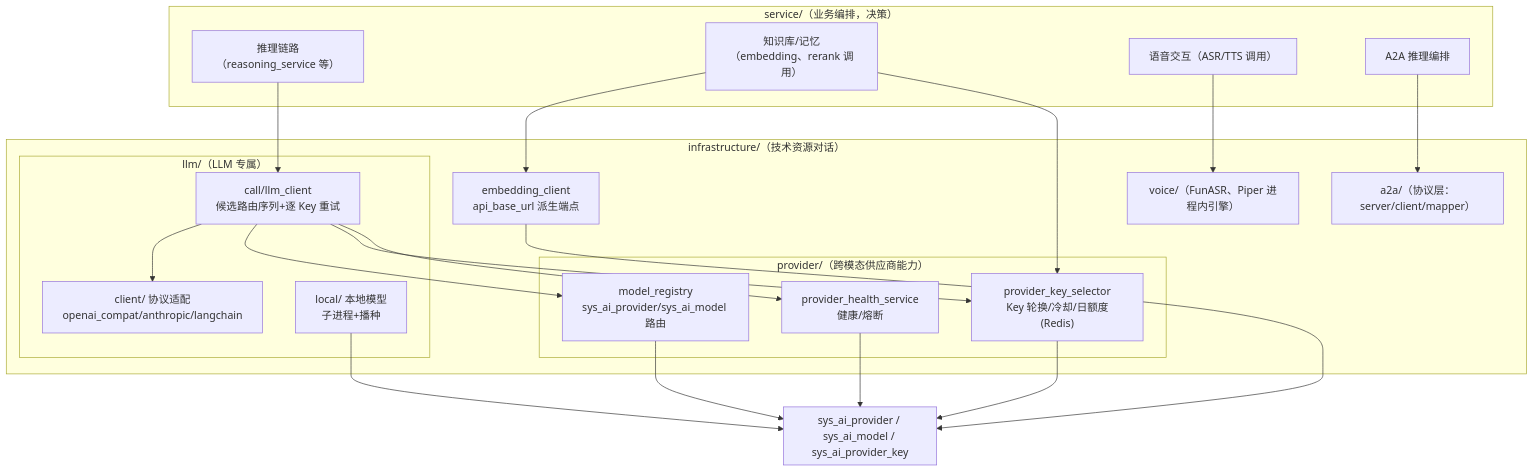
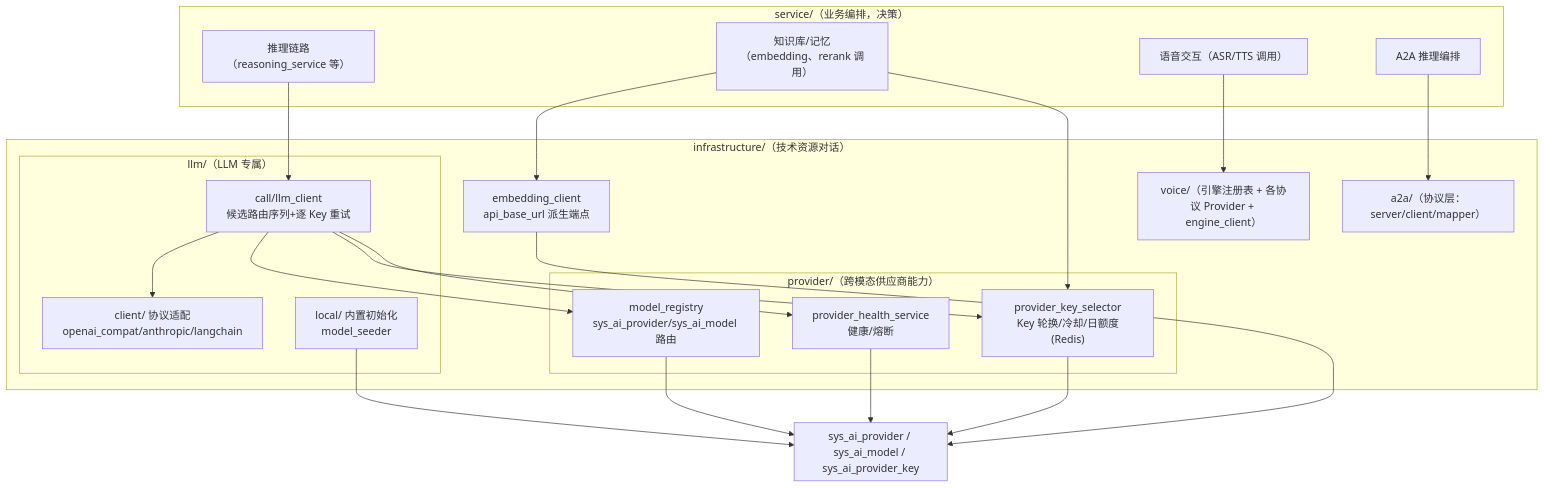
Before and after one commit to earthy-zinc/dehaze-system: the seventh of 11 diagrams in dehaze-doc/docs/04-项目实现/后端/03-Python算法服务架构文档.md, drawn with Mermaid. The commit also changed other lines of this file and 239 other files, not shown here.

````diff
--- a/dehaze-doc/docs/04-项目实现/后端/03-Python算法服务架构文档.md
+++ b/dehaze-doc/docs/04-项目实现/后端/03-Python算法服务架构文档.md
@@ -323,35 +317,35 @@
 ```mermaid
 flowchart TB
     subgraph Service["service/（业务编排，决策）"]
         RS["推理链路（reasoning_service 等）"]
         KB["知识库/记忆（embedding、rerank 调用）"]
         Voice["语音交互（ASR/TTS 调用）"]
         A2A["A2A 推理编排"]
     end
     subgraph Infra["infrastructure/（技术资源对话）"]
         subgraph Provider["provider/（跨模态供应商能力）"]
             MR["model_registry<br/>sys_ai_provider/sys_ai_model 路由"]
             KS["provider_key_selector<br/>Key 轮换/冷却/日额度(Redis)"]
             PH["provider_health_service<br/>健康/熔断"]
         end
         subgraph LLM["llm/（LLM 专属）"]
             LC["call/llm_client<br/>候选路由序列+逐 Key 重试"]
             MC["client/ 协议适配<br/>openai_compat/anthropic/langchain"]
-            LM["local/ 本地模型<br/>子进程+播种"]
+            LM["local/ 内置初始化<br/>model_seeder"]
         end
         EC["embedding_client<br/>api_base_url 派生端点"]
         AE["a2a/（协议层：server/client/mapper）"]
-        VE["voice/（FunASR、Piper 进程内引擎）"]
+        VE["voice/（引擎注册表 + 各协议 Provider + engine_client）"]
     end
     subgraph Store["sys_ai_provider / sys_ai_model / sys_ai_provider_key"]
     end
     RS --> LC --> MC
     LC --> MR --> Store
     LC --> KS --> Store
     LC --> PH --> Store
     KB --> EC --> Store
     KB --> KS
     Voice --> VE
     A2A --> AE
     LM --> Store
 ```
````
